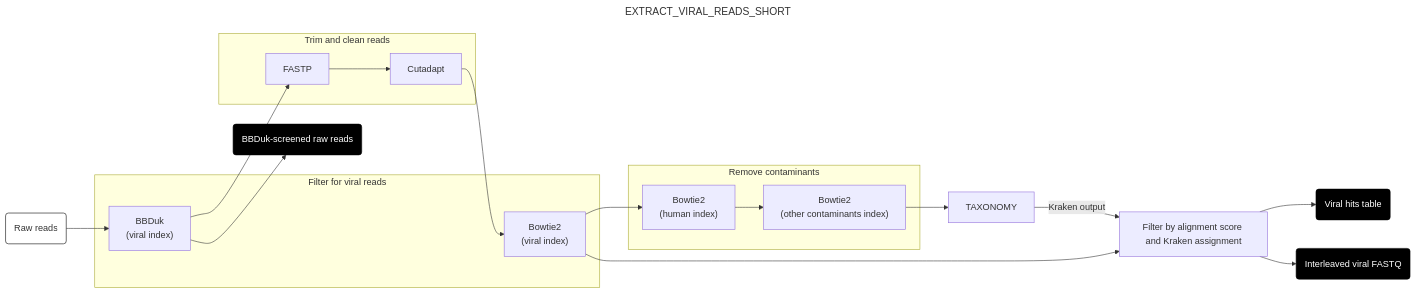
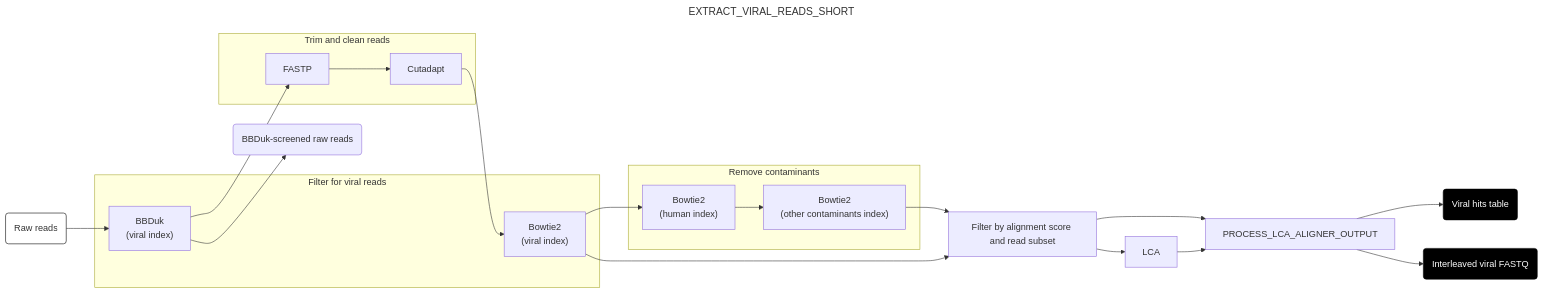
Before and after one commit to naobservatory/mgs-workflow: the sixth of 10 diagrams in docs/run.md, drawn with Mermaid. The commit also changed other lines of this file and 118 other files, not shown here.

````diff
--- a/docs/run.md
+++ b/docs/run.md
@@ -167,37 +200,38 @@
 ```mermaid
 ---
 title: EXTRACT_VIRAL_READS_SHORT
 config:
   layout: horizontal
 ---
 flowchart LR
 A(Raw reads) --> B["BBDuk <br> (viral index)"]
 B --> M(BBDuk-screened raw reads)
 B --> C[FASTP]
 C --> D[Cutadapt]
 D --> E["Bowtie2 <br> (viral index)"]
 E --> F["Bowtie2 <br> (human index)"]
 F --> G["Bowtie2 <br> (other contaminants index)"]
-G --> H[TAXONOMY]
-H --> |Kraken output| I[Filter by alignment score and Kraken assignment]
-E --> I
-I --> J(Viral hits table)
-I --> K(Interleaved viral FASTQ)
+G --> H[Filter by alignment score and read subset]
+E --> H
+H --> I[LCA]
+H --> J
+I --> J[PROCESS_LCA_ALIGNER_OUTPUT]
+J --> K(Viral hits table)
+J --> L(Interleaved viral FASTQ)
 
 subgraph "Filter for viral reads"
 B
 E
 end
 subgraph "Trim and clean reads"
 C
 D
 end
 subgraph "Remove contaminants"
 F
 G
 end
 style A fill:#fff,stroke:#000
-style J fill:#000,color:#fff,stroke:#000
 style K fill:#000,color:#fff,stroke:#000
-style M fill:#000,color:#fff,stroke:#000
+style L fill:#000,color:#fff,stroke:#000
 ```
````
